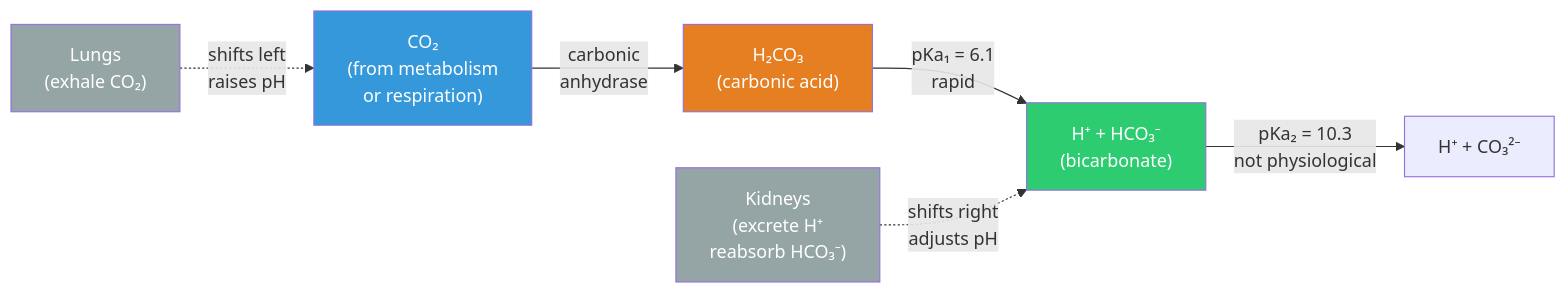
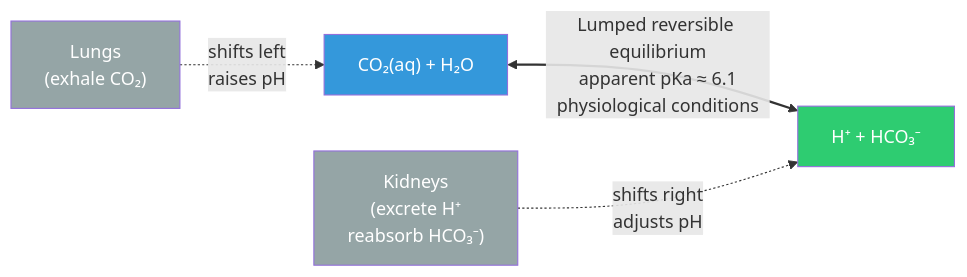
Before and after one commit to docxology/biology_textbook: the third of 3 diagrams in docs/manuscript/unit_I/atoms_molecules.md, drawn with Mermaid. The commit also changed other lines of this file and 444 other files, not shown here.

````diff
--- a/docs/manuscript/unit_I/atoms_molecules.md
+++ b/docs/manuscript/unit_I/atoms_molecules.md
@@ -611,15 +608,13 @@
 ```mermaid
 flowchart LR
-    CO2["CO₂<br/>(from metabolism<br/>or respiration)"] -->|"carbonic<br/>anhydrase"| H2CO3["H₂CO₃<br/>(carbonic acid)"]
-    H2CO3 -->|"pKa₁ = 6.1<br/>rapid"| HCO3["H⁺ + HCO₃⁻<br/>(bicarbonate)"]
-    HCO3 -->|"pKa₂ = 10.3<br/>not physiological"| CO3["H⁺ + CO₃²⁻"]
+    CO2["CO₂(aq) + H₂O"] <-->|"Lumped reversible equilibrium<br/>apparent pKa ≈ 6.1<br/>physiological conditions"| HCO3["H⁺ + HCO₃⁻"]
 
     LUNGS["Lungs<br/>(exhale CO₂)"] -.->|"shifts left<br/>raises pH"| CO2
     KIDNEYS["Kidneys<br/>(excrete H⁺<br/>reabsorb HCO₃⁻)"] -.->|"shifts right<br/>adjusts pH"| HCO3
 
     style CO2 fill:#3498db,color:#fff
-    style H2CO3 fill:#e67e22,color:#fff
+    linkStyle 0 stroke-width:2px
     style HCO3 fill:#2ecc71,color:#fff
     style LUNGS fill:#95a5a6,color:#fff
     style KIDNEYS fill:#95a5a6,color:#fff
 ```
````
